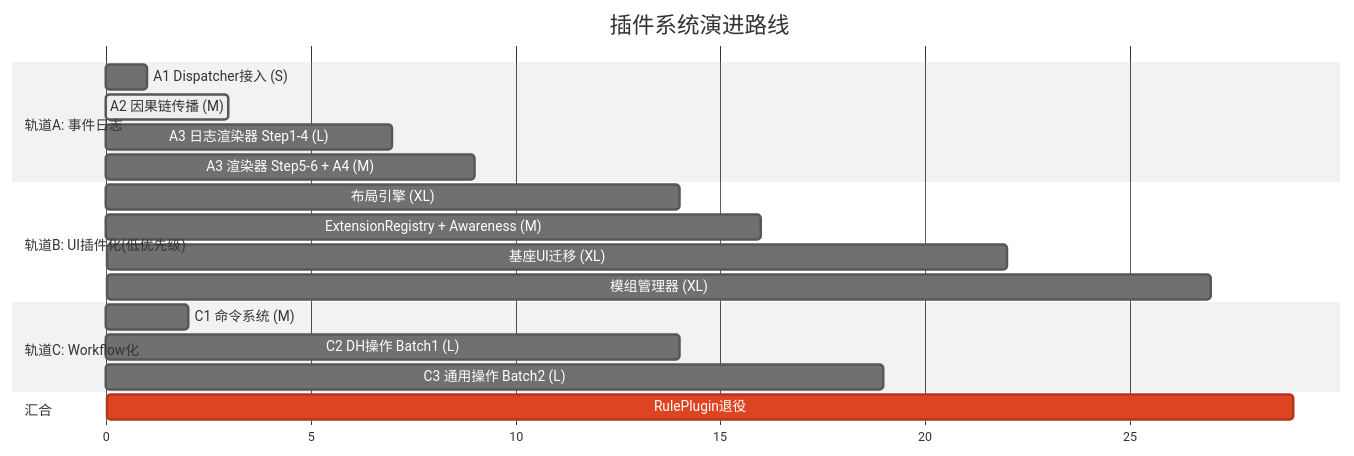
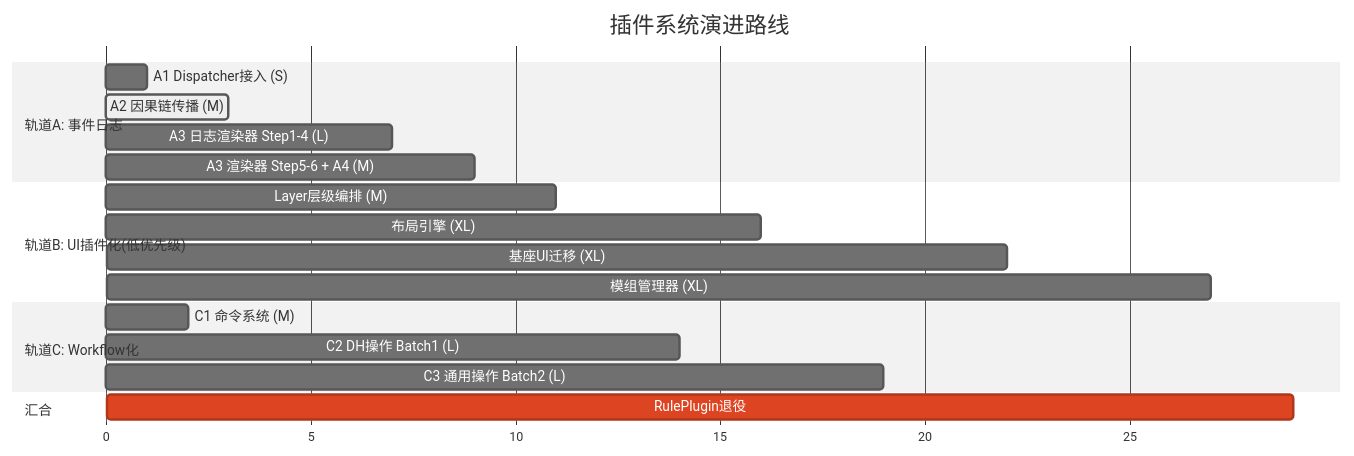
One commit to RidRisR/myVTT changed the seventh of 18 diagrams in docs/design/17-插件系统演进路线.md. Above: the diagram before and after it, drawn with Mermaid (neutral theme). The commit also changed other lines of this file and 2 other files, not shown here.

First line of the commit message:
docs: update roadmap for Phase 3 completion and layer orchestration plan (#183)

````diff
--- a/docs/design/17-插件系统演进路线.md
+++ b/docs/design/17-插件系统演进路线.md
@@ -264,26 +268,26 @@
 ```mermaid
 gantt
     title 插件系统演进路线
     dateFormat X
     axisFormat %s
 
     section 轨道A: 事件日志
     A1 Dispatcher接入 (S)         :a1, 0, 1
     A2 因果链传播 (M)             :active, a2, 1, 3
     A3 日志渲染器 Step1-4 (L)     :a3, 3, 7
     A3 渲染器 Step5-6 + A4 (M)   :a4, 7, 9
 
     section 轨道B: UI插件化(低优先级)
-    布局引擎 (XL)                 :b1, 9, 14
-    ExtensionRegistry + Awareness (M) :b2, 14, 16
+    Layer层级编排 (M)             :b0, 9, 11
+    布局引擎 (XL)                 :b1, 11, 16
     基座UI迁移 (XL)               :b3, 16, 22
     模组管理器 (XL)               :b4, 22, 27
 
     section 轨道C: Workflow化
     C1 命令系统 (M)               :c1, 0, 2
     C2 DH操作 Batch1 (L)          :c2, 9, 14
     C3 通用操作 Batch2 (L)        :c3, 14, 19
 
     section 汇合
     RulePlugin退役                :crit, fin, 27, 29
 ```
````
